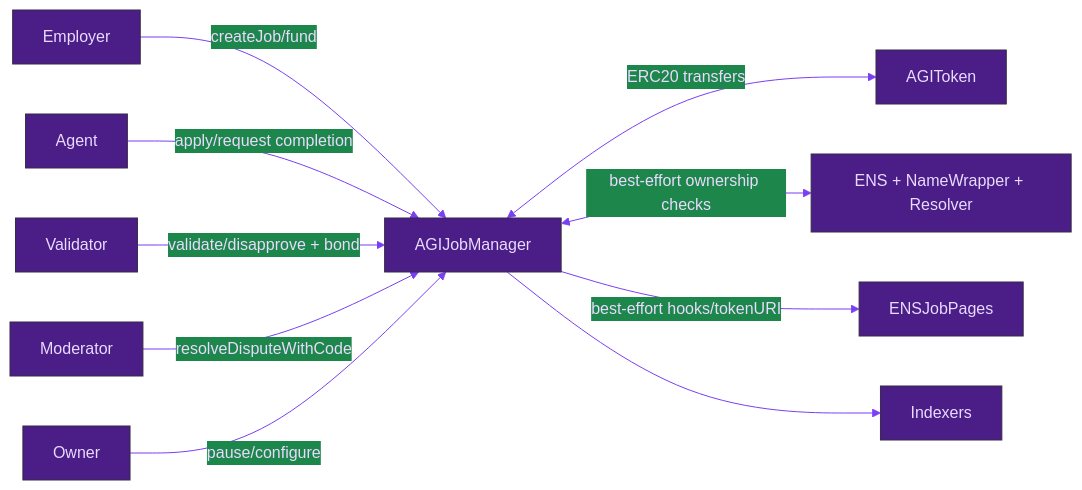
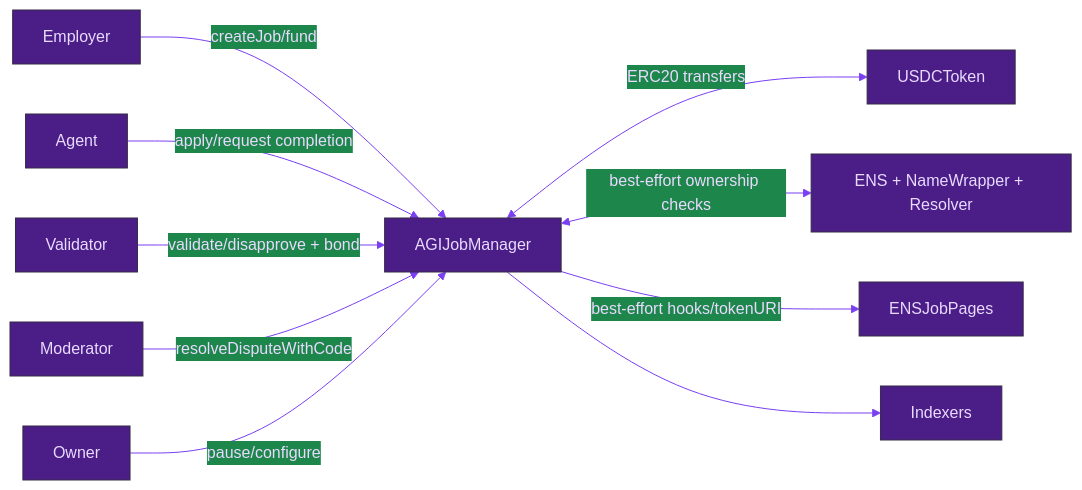
The first of 2 diagrams in docs/ARCHITECTURE.md (MontrealAI/AGIJobManager), drawn with Mermaid before and after one commit. The commit also changed 251 other files, not shown here.

````diff
--- a/docs/ARCHITECTURE.md
+++ b/docs/ARCHITECTURE.md
@@ -5,13 +5,13 @@
 ```mermaid
 %%{init: {"theme":"base","themeVariables":{"fontFamily":"ui-sans-serif, system-ui, -apple-system, Segoe UI, Roboto, Arial","background":"#14001F","primaryColor":"#4B1D86","primaryTextColor":"#E9DAFF","lineColor":"#7A3FF2","tertiaryColor":"#1B0B2A","noteBkgColor":"#1B0B2A","noteTextColor":"#E9DAFF"}}}%%
 flowchart LR
   Employer -->|createJob/fund| AGIJobManager
   Agent -->|apply/request completion| AGIJobManager
   Validator -->|validate/disapprove + bond| AGIJobManager
   Moderator -->|resolveDisputeWithCode| AGIJobManager
   Owner -->|pause/configure| AGIJobManager
-  AGIJobManager <-->|ERC20 transfers| AGIToken
+  AGIJobManager <-->|ERC20 transfers| USDCToken
   AGIJobManager <-->|best-effort ownership checks| ENS[ENS + NameWrapper + Resolver]
   AGIJobManager -->|best-effort hooks/tokenURI| ENSJobPages
   AGIJobManager --> Indexers
 ```
````
